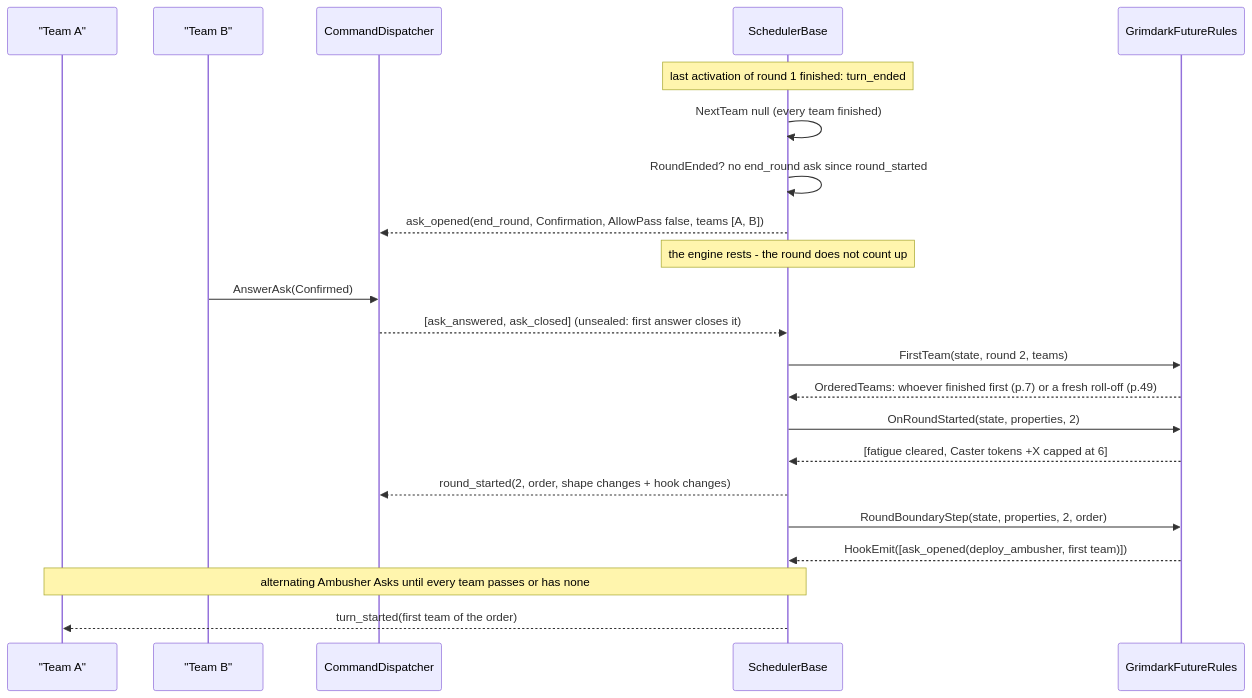
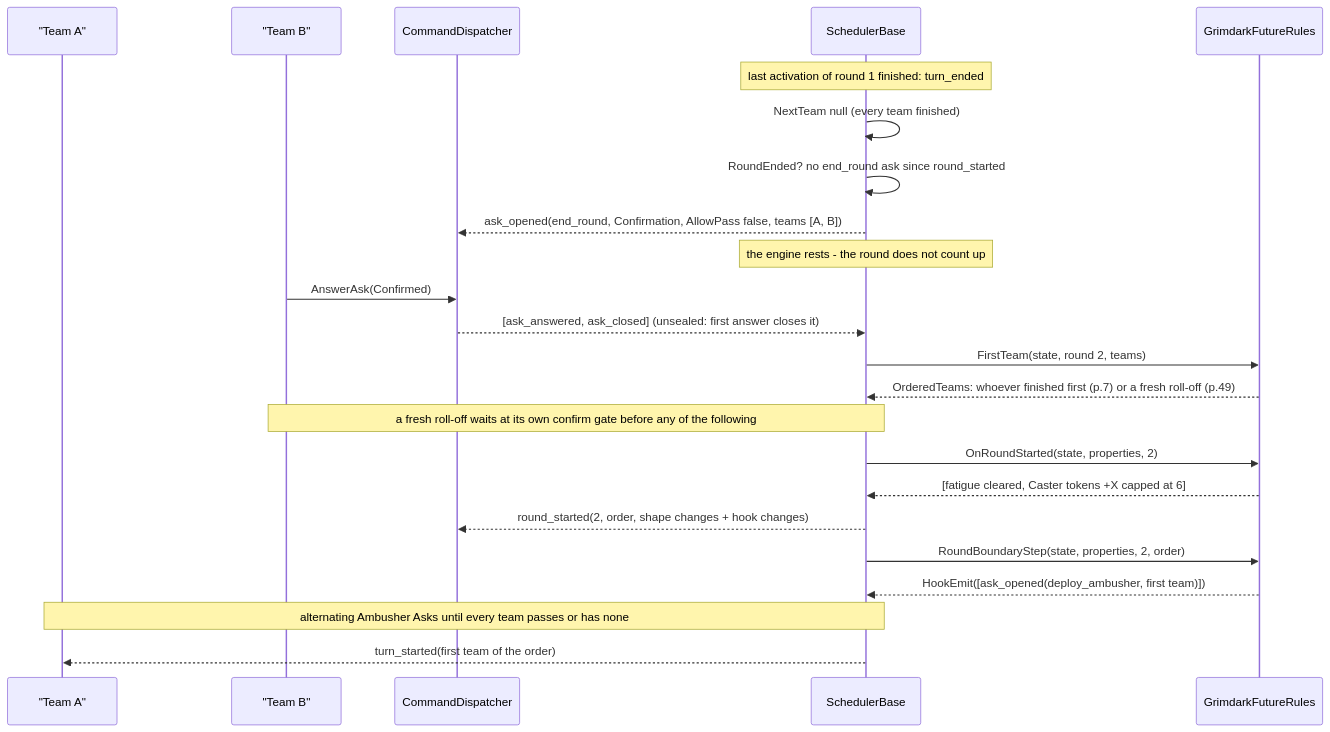
Before and after one commit to cstupi/tabletop: the ninth of 10 diagrams in docs/design/scheduler/design.md, drawn with Mermaid. The commit also changed other lines of this file and 25 other files, not shown here.

````diff
--- a/docs/design/scheduler/design.md
+++ b/docs/design/scheduler/design.md
@@ -900,25 +970,26 @@
 ```mermaid
 sequenceDiagram
     participant A as "Team A"
     participant B as "Team B"
     participant D as CommandDispatcher
     participant Sc as SchedulerBase
     participant R as GrimdarkFutureRules
 
     Note over Sc: last activation of round 1 finished: turn_ended
     Sc->>Sc: NextTeam null (every team finished)
     Sc->>Sc: RoundEnded? no end_round ask since round_started
     Sc-->>D: ask_opened(end_round, Confirmation, AllowPass false, teams [A, B])
     Note over Sc: the engine rests - the round does not count up
     B->>D: AnswerAsk(Confirmed)
     D-->>Sc: [ask_answered, ask_closed] (unsealed: first answer closes it)
     Sc->>R: FirstTeam(state, round 2, teams)
     R-->>Sc: OrderedTeams: whoever finished first (p.7) or a fresh roll-off (p.49)
+    Note over Sc,B: a fresh roll-off waits at its own confirm gate before any of the following
     Sc->>R: OnRoundStarted(state, properties, 2)
     R-->>Sc: [fatigue cleared, Caster tokens +X capped at 6]
     Sc-->>D: round_started(2, order, shape changes + hook changes)
     Sc->>R: RoundBoundaryStep(state, properties, 2, order)
     R-->>Sc: HookEmit([ask_opened(deploy_ambusher, first team)])
     Note over Sc,A: alternating Ambusher Asks until every team passes or has none
     Sc-->>A: turn_started(first team of the order)
 ```
````
